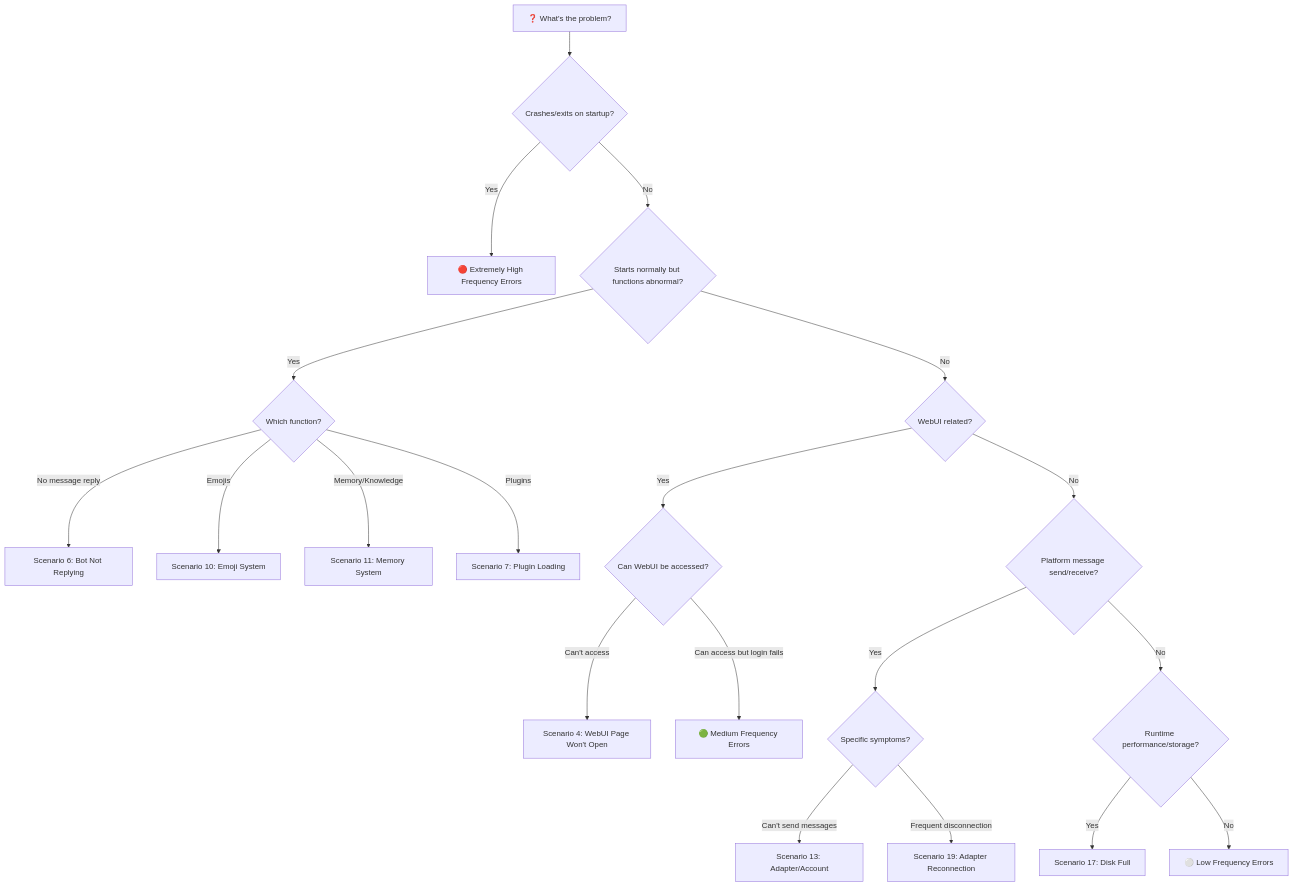
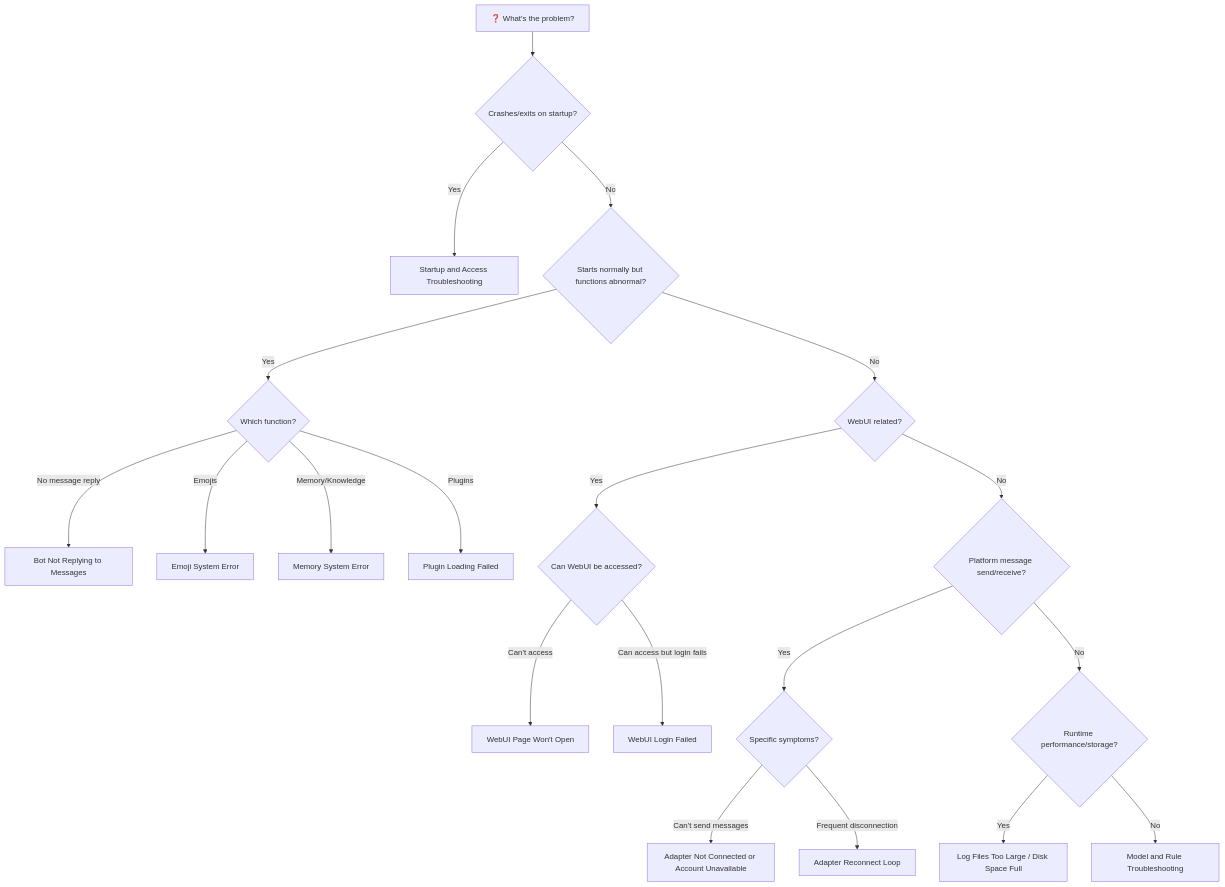
Before and after one commit to Mai-with-u/docs: the diagram in en/faq/error-troubleshooting.md, drawn with Mermaid. The commit also changed other lines of this file and 169 other files, not shown here.

Commit message:
docs: 站点重构施工快照（contributing/troubleshooting/adapters 新章节、develop 收拢为接入路线、_redirects 迁移 public/）

````diff
--- a/en/faq/error-troubleshooting.md
+++ b/en/faq/error-troubleshooting.md
@@ -1389,33 +90,34 @@
 ```mermaid
 graph TD
     A[❓ What's the problem?] --> B{Crashes/exits on startup?}
-    B -->|Yes| C[🔴 Extremely High Frequency Errors]
+    B -->|Yes| C[Startup and Access Troubleshooting]
     B -->|No| D{Starts normally but functions abnormal?}
     D -->|Yes| E{Which function?}
-    E -->|No message reply| F[Scenario 6: Bot Not Replying]
-    E -->|Emojis| G[Scenario 10: Emoji System]
-    E -->|Memory/Knowledge| H[Scenario 11: Memory System]
-    E -->|Plugins| I[Scenario 7: Plugin Loading]
+    E -->|No message reply| F[Bot Not Replying to Messages]
+    E -->|Emojis| G[Emoji System Error]
+    E -->|Memory/Knowledge| H[Memory System Error]
+    E -->|Plugins| I[Plugin Loading Failed]
     D -->|No| J{WebUI related?}
     J -->|Yes| K{Can WebUI be accessed?}
-    K -->|Can't access| L[Scenario 4: WebUI Page Won't Open]
-    K -->|Can access but login fails| M[🟢 Medium Frequency Errors]
+    K -->|Can't access| L[WebUI Page Won't Open]
+    K -->|Can access but login fails| M[WebUI Login Failed]
     J -->|No| N{Platform message send/receive?}
     N -->|Yes| O{Specific symptoms?}
-    O -->|Can't send messages| P[Scenario 13: Adapter/Account]
-    O -->|Frequent disconnection| Q[Scenario 19: Adapter Reconnection]
+    O -->|Can't send messages| P[Adapter Not Connected or Account Unavailable]
+    O -->|Frequent disconnection| Q[Adapter Reconnect Loop]
     N -->|No| R{Runtime performance/storage?}
-    R -->|Yes| S[Scenario 17: Disk Full]
-    R -->|No| T[⚪ Low Frequency Errors]
+    R -->|Yes| S[Log Files Too Large / Disk Space Full]
+    R -->|No| T[Model and Rule Troubleshooting]
 
-    click C "scenario-1"
-    click F "scenario-6"
-    click G "scenario-10"
-    click H "scenario-11"
-    click I "scenario-7"
-    click L "scenario-4"
-    click M "scenario-12"
-    click P "scenario-13"
-    click Q "scenario-19"
-    click S "scenario-17"
+    click C "/en/faq/troubleshooting-startup"
+    click F "/en/faq/troubleshooting-runtime#bot-not-replying-to-messages"
+    click G "/en/faq/troubleshooting-runtime#emoji-system-error"
+    click H "/en/faq/troubleshooting-runtime#memory-system-error"
+    click I "/en/faq/troubleshooting-plugins-adapters#plugin-loading-failed"
+    click L "/en/faq/troubleshooting-startup#webui-page-won-t-open"
+    click M "/en/faq/troubleshooting-startup#webui-login-failed-token-expired"
+    click P "/en/faq/troubleshooting-plugins-adapters#adapter-not-connected-or-account-unavailable"
+    click Q "/en/faq/troubleshooting-plugins-adapters#adapter-websocket-disconnect-reconnect-loop"
+    click S "/en/faq/troubleshooting-runtime#log-files-too-large-disk-space-full"
+    click T "/en/faq/troubleshooting-model"
 ```
````
